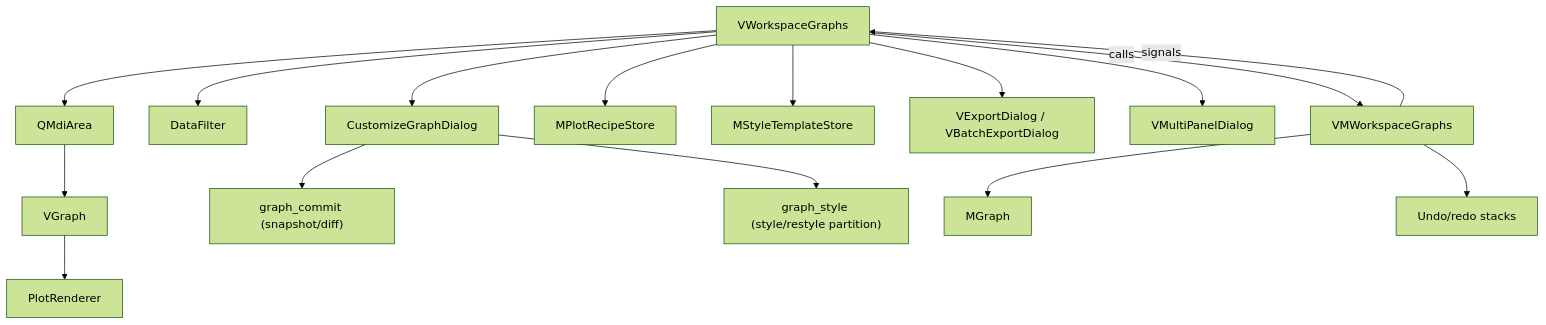
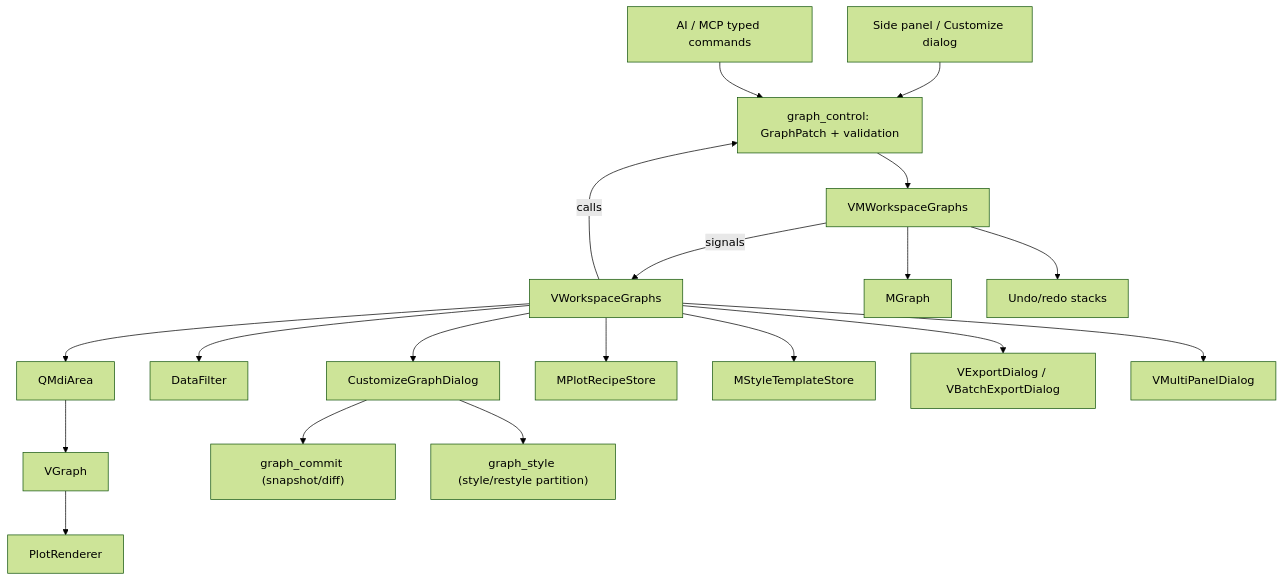
The first of 2 diagrams in docs/developer/graphs.md (CEA-MetroCarac/SPECTROview), drawn with Mermaid (forest theme) before and after one commit. The commit also changed other lines of this file and 23 other files, not shown here.

Commit message:
audit, revise and clean-up (graph workspace and ai_agent)

````diff
--- a/docs/developer/graphs.md
+++ b/docs/developer/graphs.md
@@ -9,20 +9,23 @@
 ```mermaid
 graph TD
+    GUI["Side panel / Customize dialog"] --> GCL["graph_control: GraphPatch + validation"]
+    AI["AI / MCP typed commands"] --> GCL
+    GCL --> VMWG["VMWorkspaceGraphs"]
     VWG["VWorkspaceGraphs"] --> MDI["QMdiArea"]
     MDI --> VG["VGraph"]
     VG --> PR["PlotRenderer"]
     VWG --> DF["DataFilter"]
     VWG --> CGD["CustomizeGraphDialog"]
     CGD --> GC["graph_commit (snapshot/diff)"]
     CGD --> GS["graph_style (style/restyle partition)"]
 
     VWG --> RS["MPlotRecipeStore"]
     VWG --> STS["MStyleTemplateStore"]
     VWG --> EXP["VExportDialog / VBatchExportDialog"]
     VWG --> MP["VMultiPanelDialog"]
 
-    VWG -->|"calls"| VMWG["VMWorkspaceGraphs"]
+    VWG -->|"calls"| GCL
     VMWG -->|"signals"| VWG
     VMWG --> MG["MGraph"]
     VMWG --> UNDO["Undo/redo stacks"]
 ```
````
